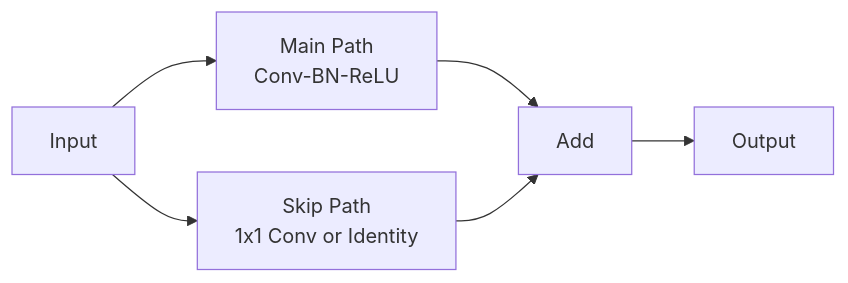
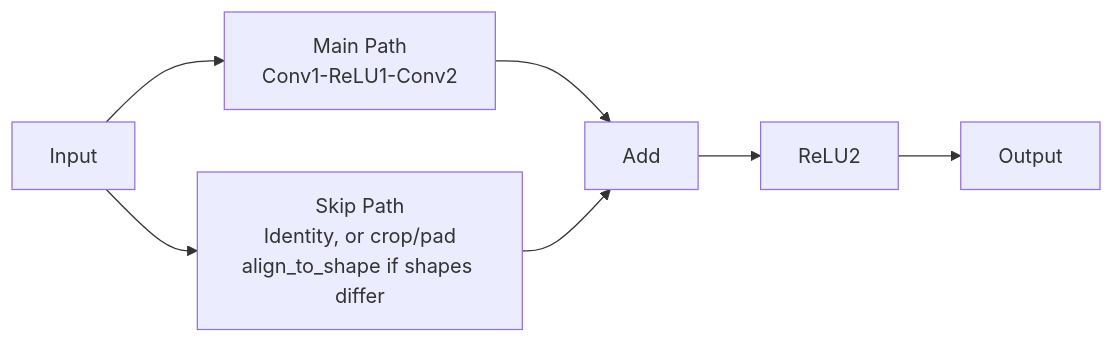
Before and after one commit to ensismoebius/doutorado: the diagram in software/nn/.wiki/Concepts/Residual-Blocks.md, drawn with Mermaid. The commit also changed 34 other files, not shown here.

````diff
--- a/software/nn/.wiki/Concepts/Residual-Blocks.md
+++ b/software/nn/.wiki/Concepts/Residual-Blocks.md
@@ -79,8 +79,9 @@
 ```mermaid
 flowchart LR
-    x[Input] --> main[Main Path<br/>Conv-BN-ReLU]
-    x --> skip[Skip Path<br/>1x1 Conv or Identity]
+    x[Input] --> main[Main Path<br/>Conv1-ReLU1-Conv2]
+    x --> skip[Skip Path<br/>Identity, or crop/pad<br/>align_to_shape if shapes differ]
     main --> add[Add]
     skip --> add
-    add --> out[Output]
+    add --> relu2[ReLU2]
+    relu2 --> out[Output]
 ```
````
